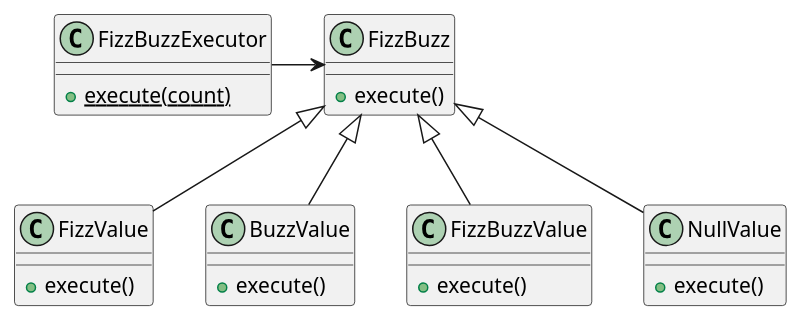
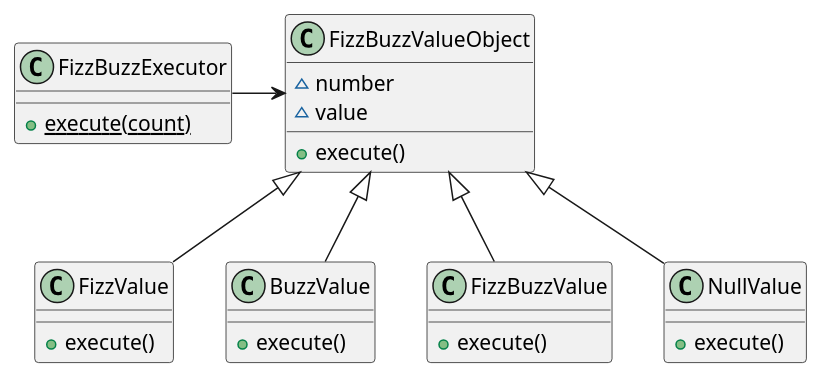
The first of 5 diagrams in docs/dev/_fizz_buzz.md (k2works/etude_for_ruby), drawn with PlantUML before and after one commit. The commit also changed other lines of this file and 15 other files, not shown here.

````diff
--- a/docs/dev/_fizz_buzz.md
+++ b/docs/dev/_fizz_buzz.md
@@ -44,27 +44,29 @@
 ```puml
 @startuml
 class FizzBuzzExecutor {
   +{static}execute(count)  
 }
-class FizzBuzz {
+class FizzBuzzValueObject {
+  ~number
+  ~value
   +execute()
 }
 class FizzValue {
   +execute()
 }
 class BuzzValue {
   +execute()
 }
 class FizzBuzzValue {
   +execute()
 }
 class NullValue {
   +execute()
 }
-FizzBuzzExecutor -> FizzBuzz
-FizzBuzz <|-- FizzValue
-FizzBuzz <|-- BuzzValue
-FizzBuzz <|-- FizzBuzzValue
-FizzBuzz <|-- NullValue
+FizzBuzzExecutor -> FizzBuzzValueObject
+FizzBuzzValueObject <|-- FizzValue
+FizzBuzzValueObject <|-- BuzzValue
+FizzBuzzValueObject <|-- FizzBuzzValue
+FizzBuzzValueObject <|-- NullValue
 @enduml
 ```
````
